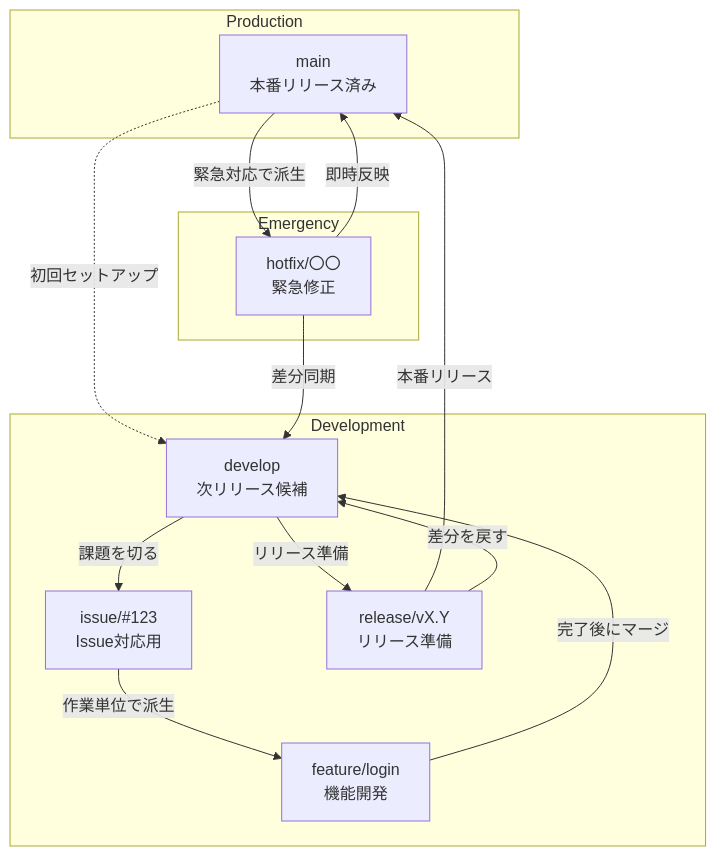
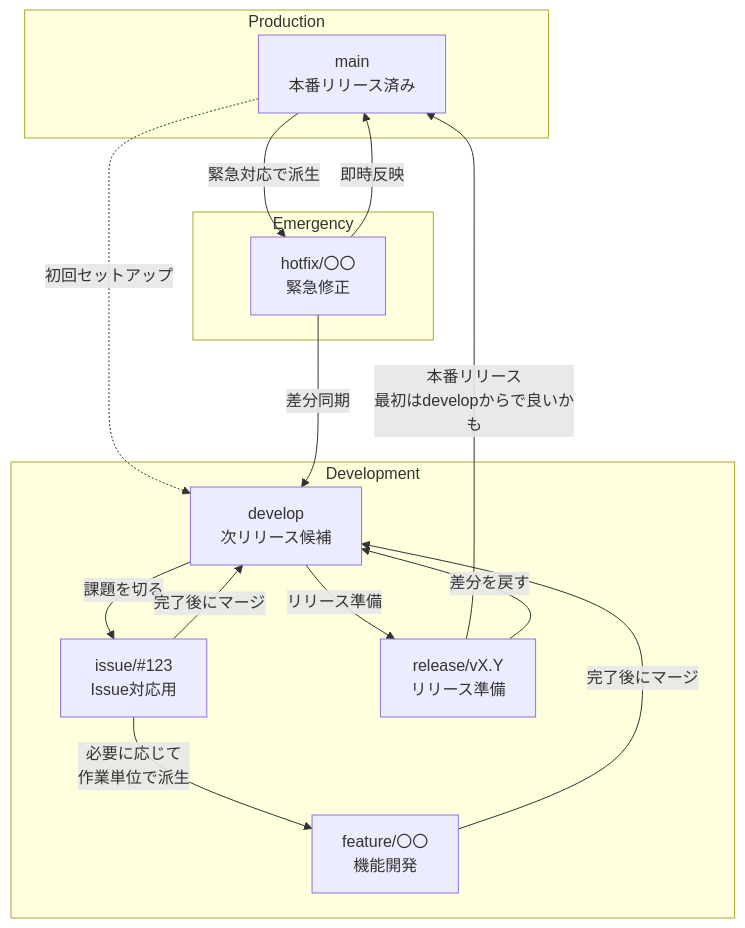
One commit to AIML-study-Masuda-group/.github changed the diagram in profile/README.md. Above: the diagram before and after it, drawn with Mermaid.

Commit message:
mermaid追加

````diff
--- a/profile/README.md
+++ b/profile/README.md
@@ -48,30 +48,31 @@
 ```mermaid
 flowchart TD
     subgraph Production
         MAIN[main<br/>本番リリース済み]
     end
 
     subgraph Development
         DEV[develop<br/>次リリース候補]
         ISSUE[issue/#123<br/>Issue対応用]
-        FEATURE[feature/login<br/>機能開発]
+        FEATURE[feature/〇〇<br/>機能開発]
         RELEASE[release/vX.Y<br/>リリース準備]
     end
 
     subgraph Emergency
         HOTFIX[hotfix/〇〇<br/>緊急修正]
     end
 
     MAIN -. 初回セットアップ .-> DEV
     DEV -->|課題を切る| ISSUE
-    ISSUE -->|作業単位で派生| FEATURE
+    ISSUE -->|必要に応じて<br/>作業単位で派生| FEATURE
+    ISSUE -->|完了後にマージ| DEV
     FEATURE -->|完了後にマージ| DEV
 
     DEV -->|リリース準備| RELEASE
-    RELEASE -->|本番リリース| MAIN
+    RELEASE -->|本番リリース<br/>最初はdevelopからで良いかも| MAIN
     RELEASE -->|差分を戻す| DEV
 
     MAIN -->|緊急対応で派生| HOTFIX
     HOTFIX -->|即時反映| MAIN
     HOTFIX -->|差分同期| DEV
 ```
````
